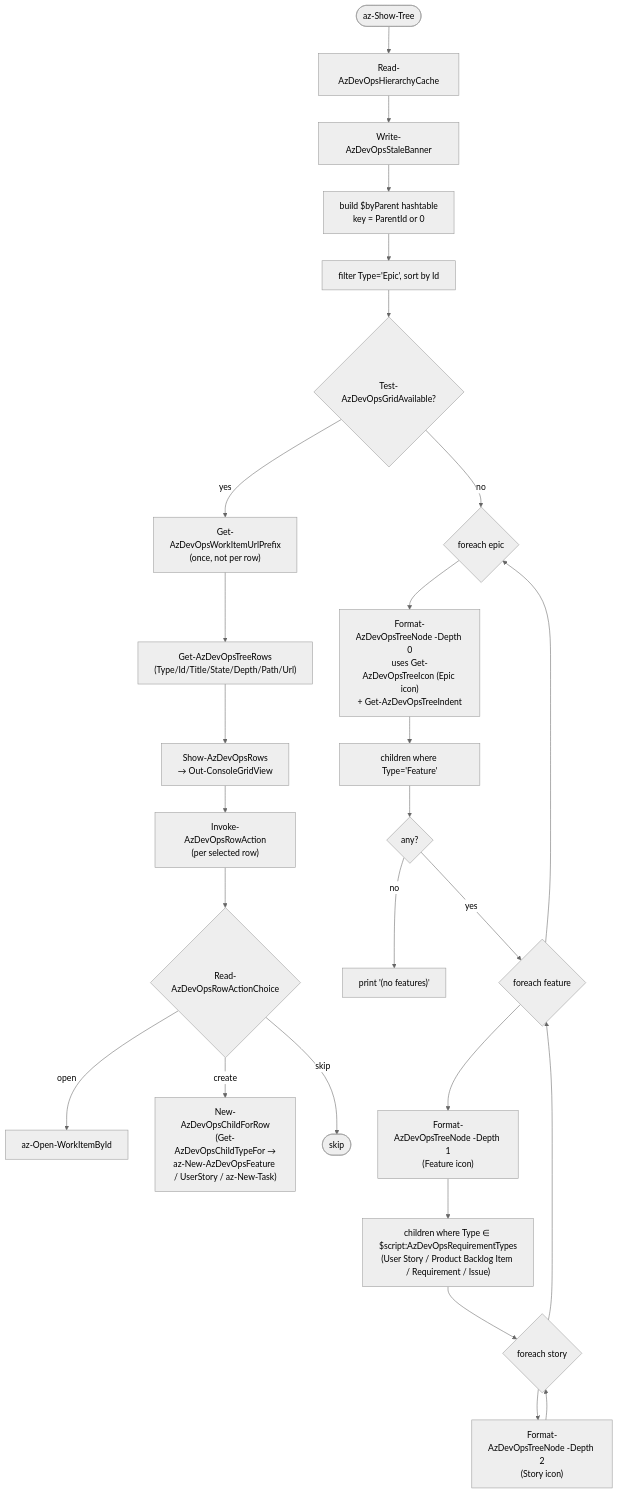
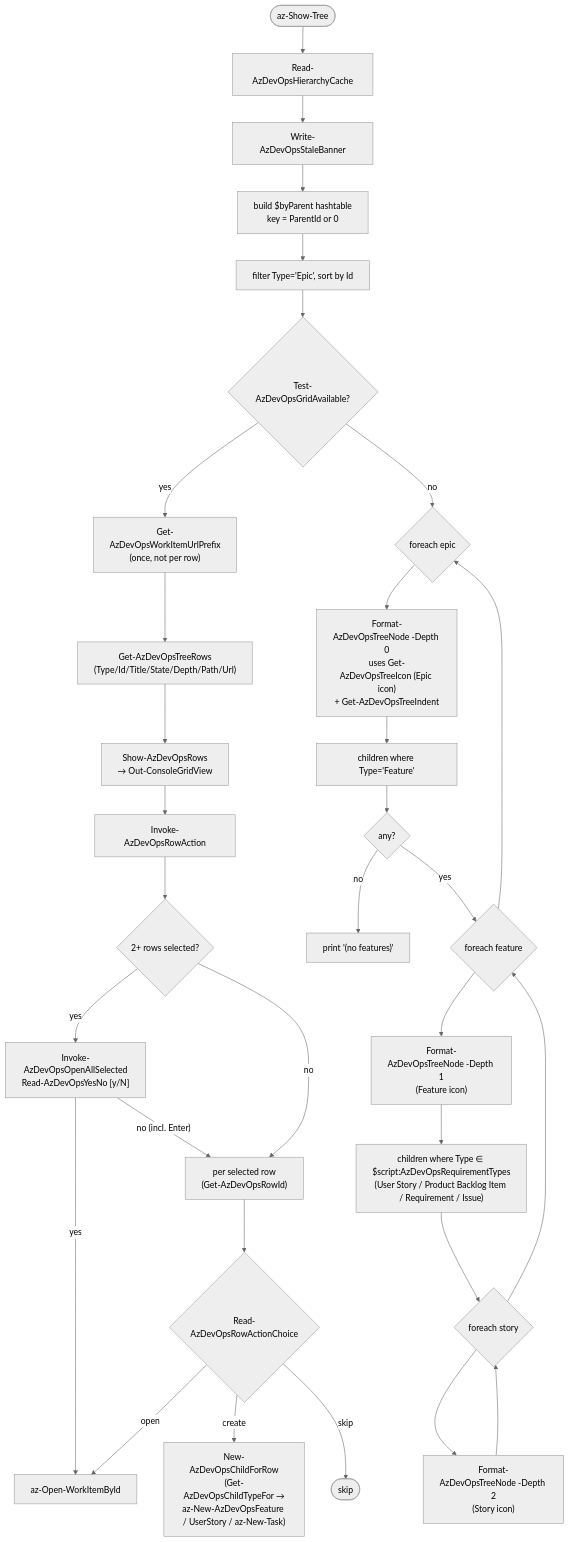
One commit to jdschleicher/bashcuts changed the seventh of 13 diagrams in docs/azure-devops-diagrams.md. Above: the diagram before and after it, drawn with Mermaid (neutral theme). The commit also changed other lines of this file, not shown here.

First line of the commit message:
Update AzDO diagrams for bulk open-all gate (#128)

````diff
--- a/docs/azure-devops-diagrams.md
+++ b/docs/azure-devops-diagrams.md
@@ -351,29 +351,34 @@
 ```mermaid
 flowchart TD
     Start([az-Show-Tree]) --> Read[Read-AzDevOpsHierarchyCache]
     Read --> Banner[Write-AzDevOpsStaleBanner]
     Banner --> Index["build $byParent hashtable<br/>key = ParentId or 0"]
     Index --> Epics["filter Type='Epic', sort by Id"]
     Epics --> Grid{Test-AzDevOpsGridAvailable?}
     Grid -- yes --> Pfx["Get-AzDevOpsWorkItemUrlPrefix<br/>(once, not per row)"]
     Pfx --> RowsFn["Get-AzDevOpsTreeRows<br/>(Type/Id/Title/State/Depth/Path/Url)"]
     RowsFn --> Show["Show-AzDevOpsRows<br/>→ Out-ConsoleGridView"]
-    Show --> Action["Invoke-AzDevOpsRowAction<br/>(per selected row)"]
-    Action --> Choice{Read-AzDevOpsRowActionChoice}
+    Show --> Action[Invoke-AzDevOpsRowAction]
+    Action --> Multi{"2+ rows selected?"}
+    Multi -- yes --> OpenAll["Invoke-AzDevOpsOpenAllSelected<br/>Read-AzDevOpsYesNo [y/N]"]
+    OpenAll -- yes --> OpenSel
+    OpenAll -- "no (incl. Enter)" --> PerRow
+    Multi -- no --> PerRow
+    PerRow["per selected row<br/>(Get-AzDevOpsRowId)"] --> Choice{Read-AzDevOpsRowActionChoice}
     Choice -- open --> OpenSel["az-Open-WorkItemById"]
     Choice -- create --> Child["New-AzDevOpsChildForRow<br/>(Get-AzDevOpsChildTypeFor →<br/>az-New-AzDevOpsFeature / UserStory / az-New-Task)"]
     Choice -- skip --> NoOp([skip])
     Grid -- no --> ForEpic{foreach epic}
     ForEpic --> NodeE["Format-AzDevOpsTreeNode -Depth 0<br/>uses Get-AzDevOpsTreeIcon (Epic icon)<br/>+ Get-AzDevOpsTreeIndent"]
     NodeE --> Features["children where Type='Feature'"]
     Features --> NoFeat{any?}
     NoFeat -- no --> Empty["print '(no features)'"]
     NoFeat -- yes --> ForFeat{foreach feature}
     ForFeat --> NodeF["Format-AzDevOpsTreeNode -Depth 1<br/>(Feature icon)"]
     NodeF --> Stories["children where Type ∈ $script:AzDevOpsRequirementTypes<br/>(User Story / Product Backlog Item / Requirement / Issue)"]
     Stories --> ForStory{foreach story}
     ForStory --> NodeS["Format-AzDevOpsTreeNode -Depth 2<br/>(Story icon)"]
     NodeS --> ForStory
     ForStory --> ForFeat
     ForFeat --> ForEpic
 ```
````
